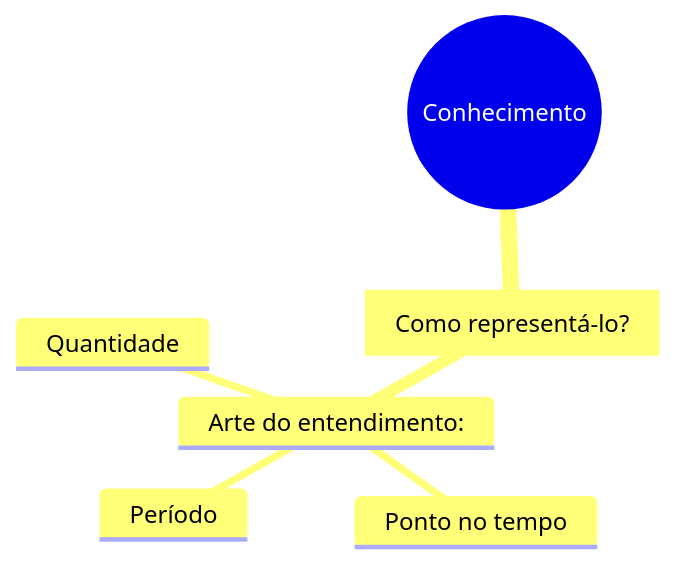
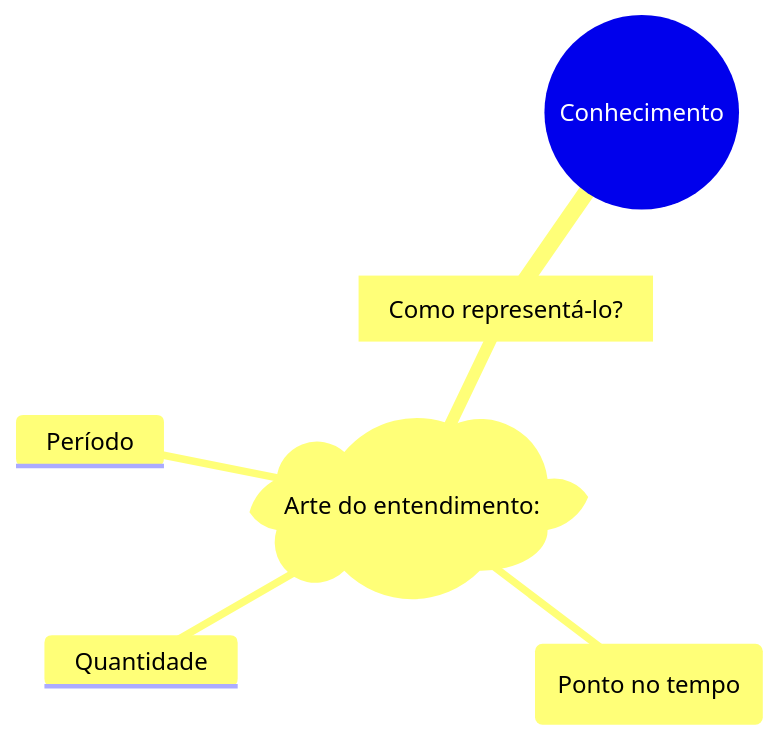
The diagram in Mestrado/Segundo Semestre/SIN5033 - Grafos de conhecimento e Ontologias/Aula 1/1 Conceitos basicos.md (Igorino/joplin-notes), drawn with Mermaid before and after one commit.

Commit message:
Exported on 2026-04-05_19-30-59

````diff
--- a/Mestrado/Segundo Semestre/SIN5033 - Grafos de conhecimento e Ontologias/Aula 1/1 Conceitos basicos.md
+++ b/Mestrado/Segundo Semestre/SIN5033 - Grafos de conhecimento e Ontologias/Aula 1/1 Conceitos basicos.md
@@ -10,15 +10,15 @@
 ```mermaid
 ---
 config:
   layout: tidy-tree
 ---
 mindmap
 root((Conhecimento))
-	[Como representá-lo?]
-		Arte do entendimento:
+	id[Como representá-lo?]
+		)Arte do entendimento:(
 			Quantidade
-			Ponto no tempo
+			(Ponto no tempo)
 			Período
 			
 	
 ```
````
